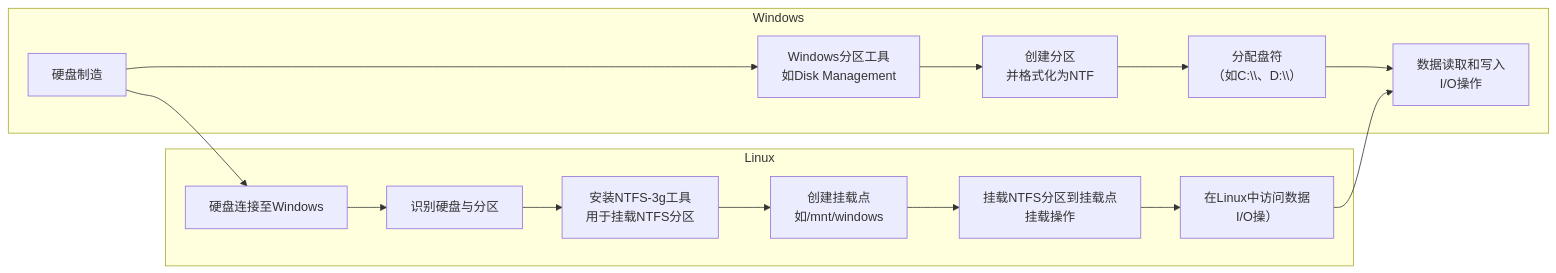
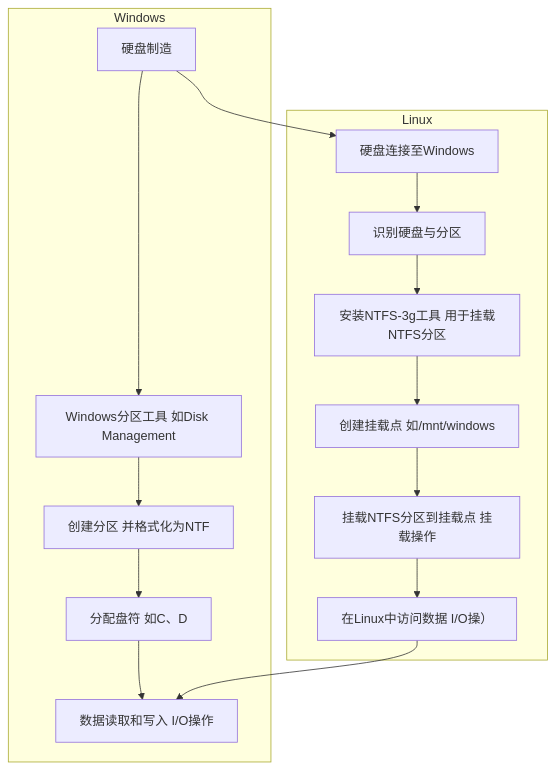
Before and after one commit to xiongsircool/xiongbook: the second of 2 diagrams in _posts/2023-9-28-mount-disk-to-dir-unbuntu.md, drawn with Mermaid.

Commit message:
更新一次

```diff
--- a/_posts/2023-9-28-mount-disk-to-dir-unbuntu.md
+++ b/_posts/2023-9-28-mount-disk-to-dir-unbuntu.md
@@ -208,20 +208,20 @@
 <div class="mermaid">
-    graph LR;
+    graph TD;
     subgraph Windows
-      A[硬盘制造] --> B[Windows分区工具 <br/>如Disk Management];
-      B --> C[创建分区<br/>并格式化为NTF ];
-      C --> D[分配盘符<br/>（如C:\\、D:\\）];
-      D --> E[存储数据至NTFS分区<br/>I/O操作];
+      A[硬盘制造] --> B[Windows分区工具 如Disk Management];
+      B --> C[创建分区 并格式化为NTF ];
+      C --> D[分配盘符 如C、D ];
+      D --> E[存储数据至NTFS分区 I/O操作];
     end
 
     subgraph Linux
       F[Linux操作系统<br/>如Ubuntu];
       F --> G[识别硬盘与分区];
-      G --> H[安装NTFS-3g工具<br/>用于挂载NTFS分区];
-      H --> I[创建挂载点<br/>如/mnt/windows];
-      I --> J[挂载NTFS分区到挂载点<br/>挂载操作];
-      J --> K[在Linux中访问数据<br/>I/O操）];
+      G --> H[安装NTFS-3g工具 用于挂载NTFS分区];
+      H --> I[创建挂载点 如/mnt/windows];
+      I --> J[挂载NTFS分区到挂载点 挂载操作];
+      J --> K[在Linux中访问数据 I/O操）];
     end
     A --> F[硬盘连接至Windows];
-    K --> E[数据读取和写入<br/>I/O操作];
+    K --> E[数据读取和写入 I/O操作];
   </div>
```
